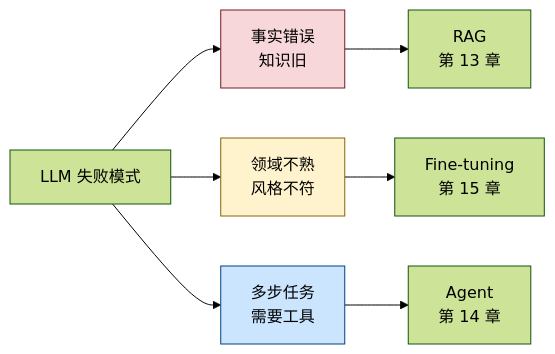
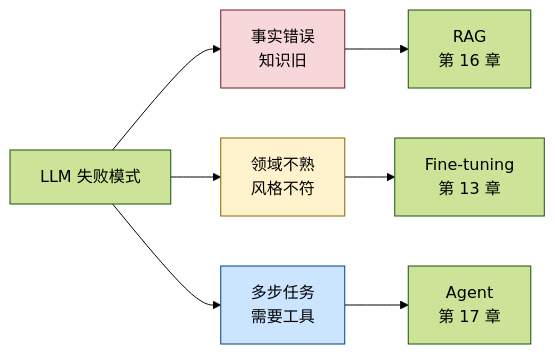
Before and after one commit to ChuwuYo/misc-files: diagram 13 of 13 in AI应用工程师学习指南/11-LLM原理.md, drawn with Mermaid (forest theme). The commit also changed other lines of this file and 96 other files, not shown here.

````diff
--- a/AI应用工程师学习指南/11-LLM原理.md
+++ b/AI应用工程师学习指南/11-LLM原理.md
@@ -935,14 +940,14 @@
 ```mermaid
 flowchart LR
     A[LLM 失败模式] --> B[事实错误<br/>知识旧]
     A --> C[领域不熟<br/>风格不符]
     A --> D[多步任务<br/>需要工具]
 
-    B --> E[RAG<br/>第 13 章]
-    C --> F[Fine-tuning<br/>第 15 章]
-    D --> G[Agent<br/>第 14 章]
+    B --> E[RAG<br/>第 16 章]
+    C --> F[Fine-tuning<br/>第 13 章]
+    D --> G[Agent<br/>第 17 章]
 
     style B fill:#f8d7da,stroke:#721c24
     style C fill:#fff3cd,stroke:#856404
     style D fill:#cce5ff,stroke:#004085
 ```
````
